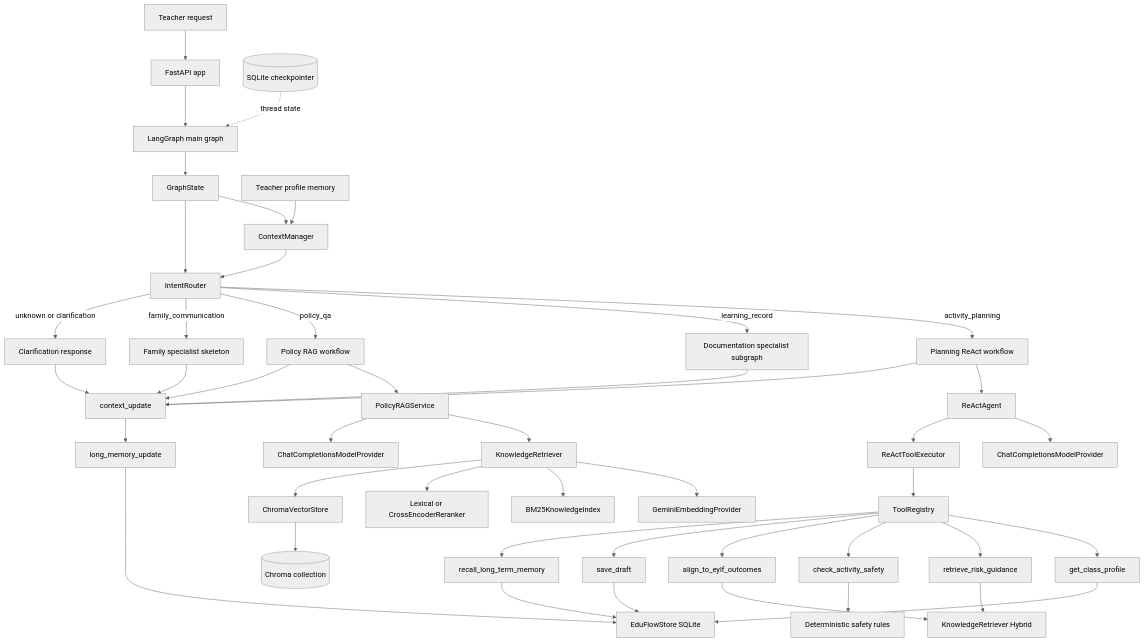
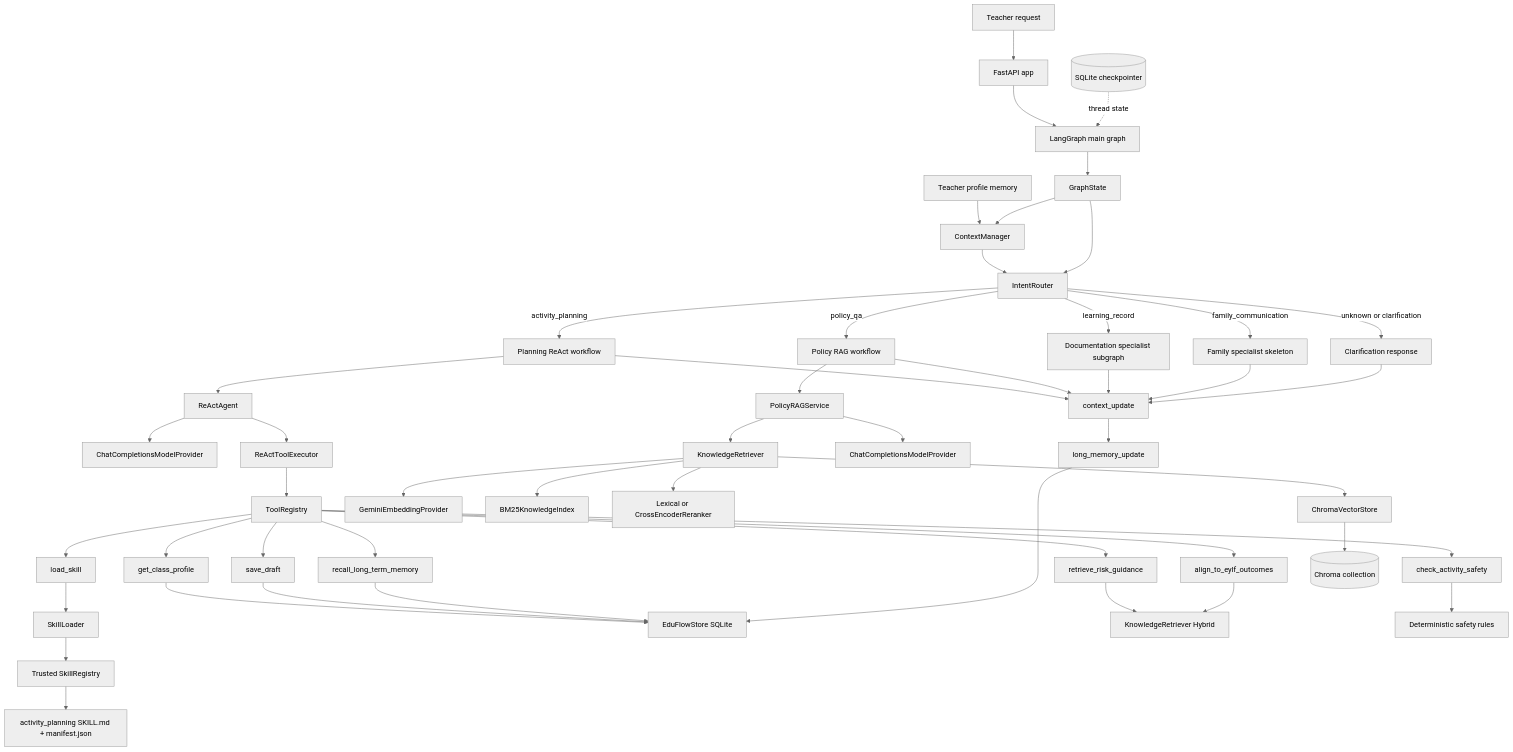
One commit to MengC-OvO/easy-teaching changed the first of 3 diagrams in README.md. Above: the diagram before and after it, drawn with Mermaid (neutral theme). The commit also changed other lines of this file and 11 other files, not shown here.

````diff
--- a/README.md
+++ b/README.md
@@ -26,50 +36,54 @@
 ```mermaid
 flowchart TD
     User[Teacher request] --> API[FastAPI app]
     API --> MainGraph[LangGraph main graph]
     Checkpoint[(SQLite checkpointer)] -. thread state .-> MainGraph
     MainGraph --> GraphState[GraphState]
     ProfileMemory[Teacher profile memory] --> ContextManager[ContextManager]
     GraphState --> ContextManager
     ContextManager --> Router[IntentRouter]
     GraphState --> Router[IntentRouter]
 
     Router -->|activity_planning| PlanningReAct[Planning ReAct workflow]
     Router -->|learning_record| DocumentationSkeleton[Documentation specialist subgraph]
     Router -->|policy_qa| PolicyRAG[Policy RAG workflow]
     Router -->|family_communication| Family[Family specialist skeleton]
     Router -->|unknown or clarification| Clarification[Clarification response]
 
     PlanningReAct --> ReActAgent[ReActAgent]
     ReActAgent --> ModelProvider[ChatCompletionsModelProvider]
     ReActAgent --> ReActExecutor[ReActToolExecutor]
     ReActExecutor --> ToolRegistry[ToolRegistry]
+    ToolRegistry --> LoadSkillTool[load_skill]
+    LoadSkillTool --> SkillLoader[SkillLoader]
+    SkillLoader --> SkillRegistry[Trusted SkillRegistry]
+    SkillRegistry --> PlanningSkill[activity_planning SKILL.md + manifest.json]
     ToolRegistry --> ClassTool[get_class_profile]
     ToolRegistry --> EvidenceTool[retrieve_risk_guidance]
     ToolRegistry --> SafetyTool[check_activity_safety]
     ToolRegistry --> EylfTool[align_to_eylf_outcomes]
     ToolRegistry --> DraftTool[save_draft]
     ToolRegistry --> RecallTool[recall_long_term_memory]
     ClassTool --> Store[EduFlowStore SQLite]
     DraftTool --> Store
     RecallTool --> Store
     EvidenceTool --> PlanningRetrieval[KnowledgeRetriever Hybrid]
     EylfTool --> PlanningRetrieval
     SafetyTool --> SafetyRules[Deterministic safety rules]
 
     PolicyRAG --> PolicyService[PolicyRAGService]
     PolicyService --> Retrieval[KnowledgeRetriever]
     Retrieval --> Embeddings[GeminiEmbeddingProvider]
     Retrieval --> BM25[BM25KnowledgeIndex]
     Retrieval --> Reranker[Lexical or CrossEncoderReranker]
     Retrieval --> VectorStore[ChromaVectorStore]
     VectorStore --> Chroma[(Chroma collection)]
     PolicyService --> AnswerModel[ChatCompletionsModelProvider]
     PlanningReAct --> ContextUpdate[context_update]
     PolicyRAG --> ContextUpdate
     DocumentationSkeleton --> ContextUpdate
     Family --> ContextUpdate
     Clarification --> ContextUpdate
     ContextUpdate --> MemoryUpdate[long_memory_update]
     MemoryUpdate --> Store
 ```
````
